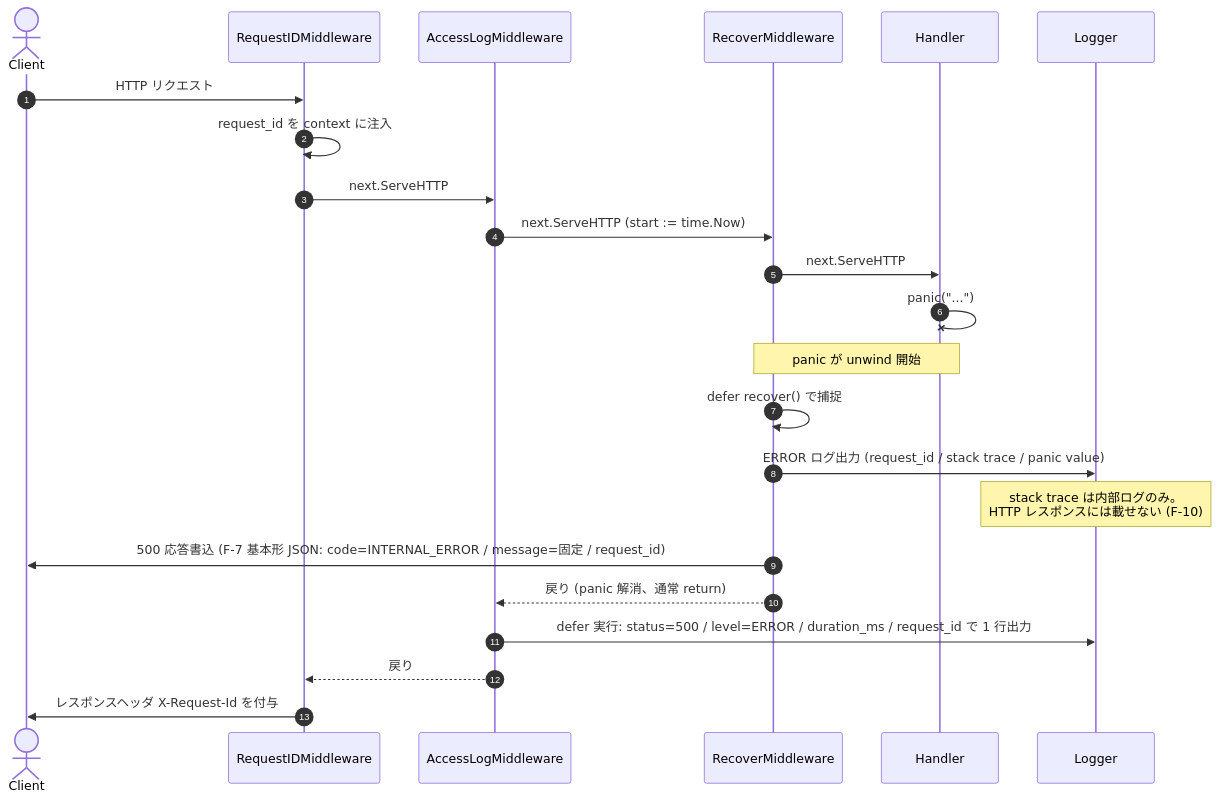
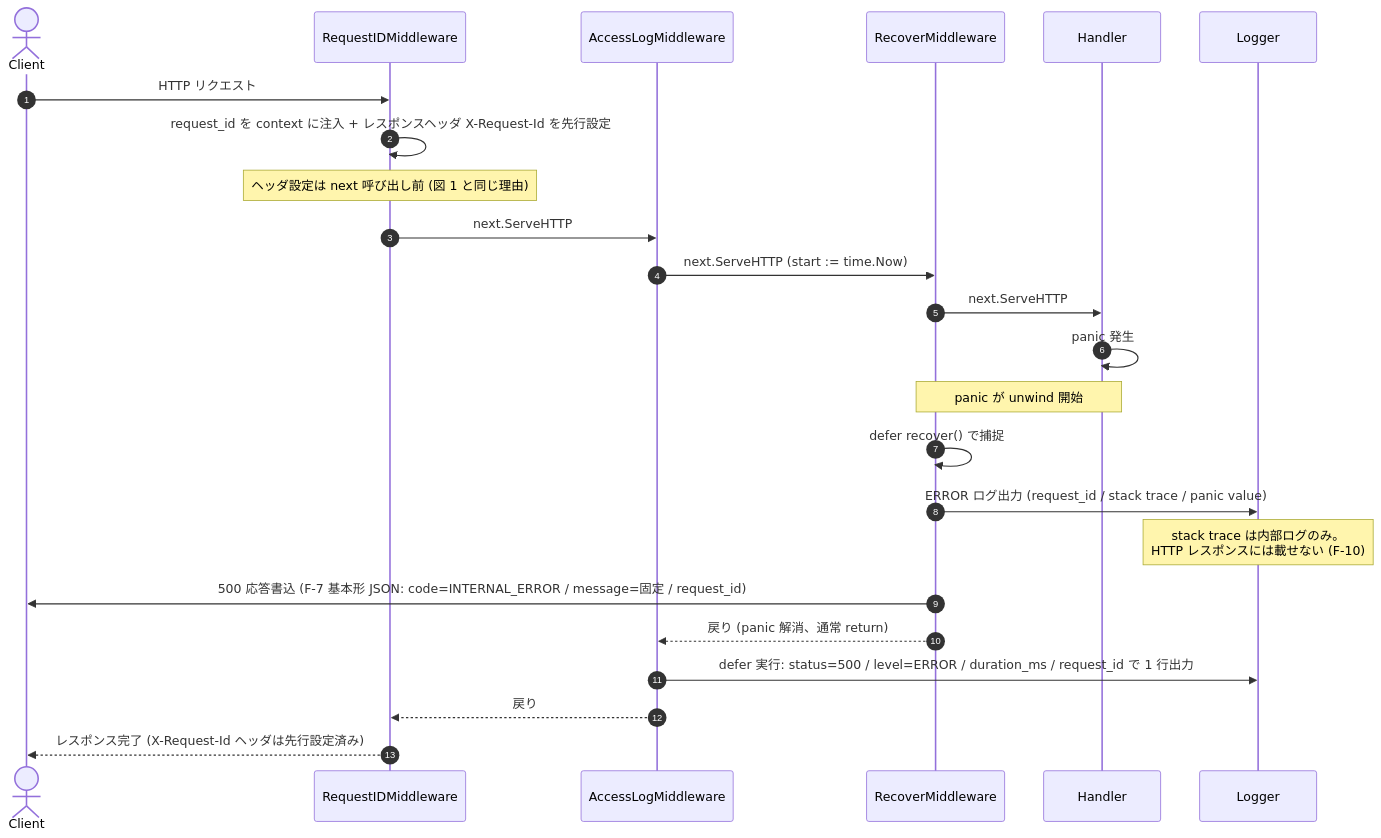
The second of 3 diagrams in docs/specs/7/index.md (mktkhr/id-core), drawn with Mermaid before and after one commit. The commit also changed other lines of this file, not shown here.

````diff
--- a/docs/specs/7/index.md
+++ b/docs/specs/7/index.md
@@ -306,26 +307,27 @@
 ```mermaid
 sequenceDiagram
     autonumber
     actor C as Client
     participant RID as RequestIDMiddleware
     participant AL as AccessLogMiddleware
     participant REC as RecoverMiddleware
     participant H as Handler
     participant L as Logger
 
     C->>RID: HTTP リクエスト
-    RID->>RID: request_id を context に注入
+    RID->>RID: request_id を context に注入 + レスポンスヘッダ X-Request-Id を先行設定
+    Note over RID: ヘッダ設定は next 呼び出し前 (図 1 と同じ理由)
     RID->>AL: next.ServeHTTP
     AL->>REC: next.ServeHTTP (start := time.Now)
     REC->>H: next.ServeHTTP
-    H-xH: panic("...")
+    H->>H: panic 発生
     Note over H,REC: panic が unwind 開始
     REC->>REC: defer recover() で捕捉
     REC->>L: ERROR ログ出力 (request_id / stack trace / panic value)
     Note over L: stack trace は内部ログのみ。<br/>HTTP レスポンスには載せない (F-10)
     REC->>C: 500 応答書込 (F-7 基本形 JSON: code=INTERNAL_ERROR / message=固定 / request_id)
     REC-->>AL: 戻り (panic 解消、通常 return)
     AL->>L: defer 実行: status=500 / level=ERROR / duration_ms / request_id で 1 行出力
     AL-->>RID: 戻り
-    RID->>C: レスポンスヘッダ X-Request-Id を付与
+    RID-->>C: レスポンス完了 (X-Request-Id ヘッダは先行設定済み)
 ```
````
